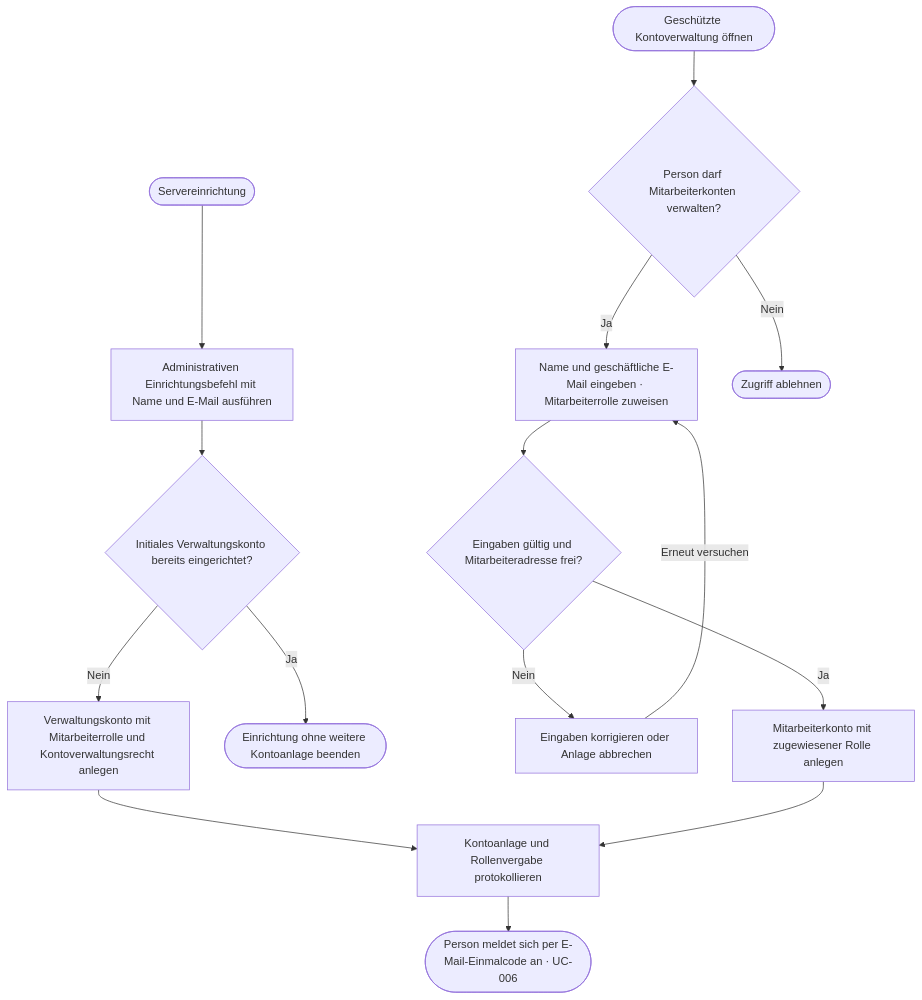
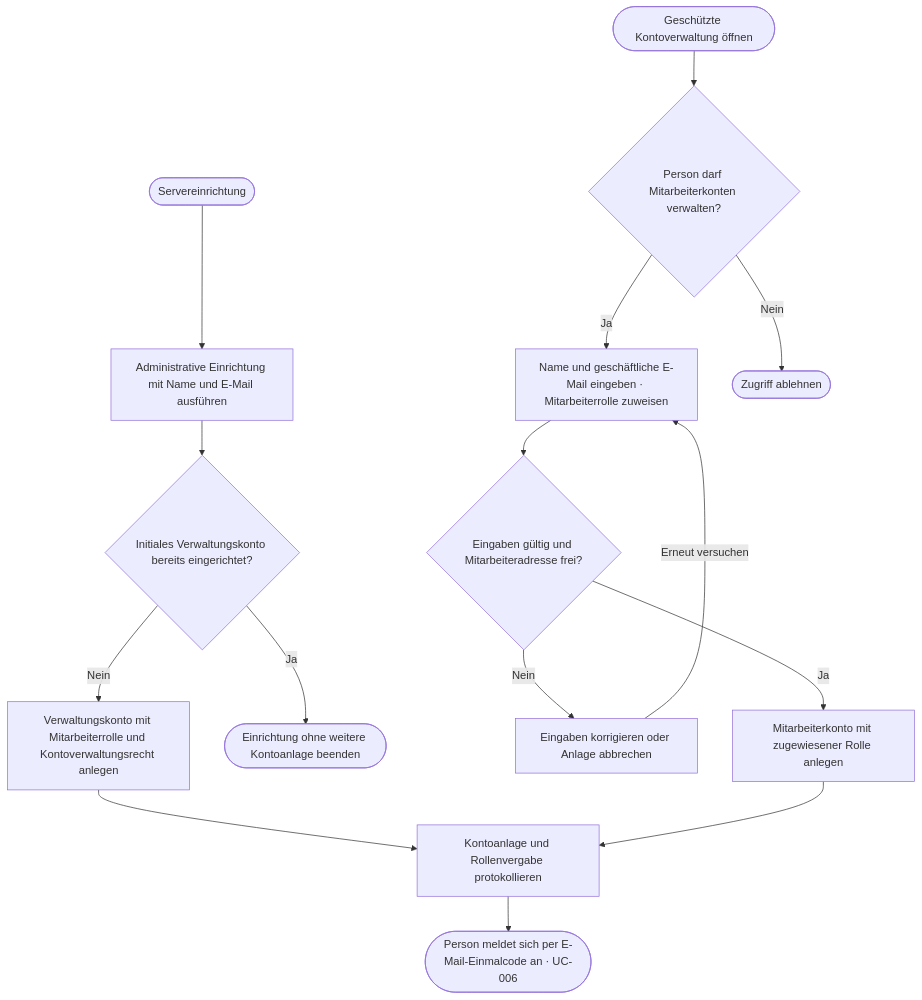
Before and after one commit to permarco/propertyflow: the diagram in docs/use_cases/UC-007-mitarbeiterkonto-anlegen.md, drawn with Mermaid. The commit also changed other lines of this file and 63 other files, not shown here.

````diff
--- a/docs/use_cases/UC-007-mitarbeiterkonto-anlegen.md
+++ b/docs/use_cases/UC-007-mitarbeiterkonto-anlegen.md
@@ -36,30 +36,30 @@
 ```mermaid
 flowchart TD
     Einrichtung(["Servereinrichtung"])
-    Befehl["Administrativen Einrichtungsbefehl mit Name und E-Mail ausführen"]
+    Befehl["Administrative Einrichtung mit Name und E-Mail ausführen"]
     Erstmalig{"Initiales Verwaltungskonto bereits eingerichtet?"}
     Verwaltung["Verwaltungskonto mit Mitarbeiterrolle und Kontoverwaltungsrecht anlegen"]
     Ueberspringen(["Einrichtung ohne weitere Kontoanlage beenden"])
 
     Betrieb(["Geschützte Kontoverwaltung öffnen"])
     Berechtigt{"Person darf Mitarbeiterkonten verwalten?"}
     Eingabe["Name und geschäftliche E-Mail eingeben · Mitarbeiterrolle zuweisen"]
     Pruefung{"Eingaben gültig und Mitarbeiteradresse frei?"}
     Korrektur["Eingaben korrigieren oder Anlage abbrechen"]
     Ablehnung(["Zugriff ablehnen"])
     Mitarbeiter["Mitarbeiterkonto mit zugewiesener Rolle anlegen"]
 
     Audit["Kontoanlage und Rollenvergabe protokollieren"]
     Anmeldung(["Person meldet sich per E-Mail-Einmalcode an · UC-006"])
 
     Einrichtung --> Befehl --> Erstmalig
     Erstmalig -->|"Ja"| Ueberspringen
     Erstmalig -->|"Nein"| Verwaltung --> Audit
     Betrieb --> Berechtigt
     Berechtigt -->|"Nein"| Ablehnung
     Berechtigt -->|"Ja"| Eingabe --> Pruefung
     Pruefung -->|"Nein"| Korrektur
     Korrektur -->|"Erneut versuchen"| Eingabe
     Pruefung -->|"Ja"| Mitarbeiter --> Audit
     Audit --> Anmeldung
 ```
````
